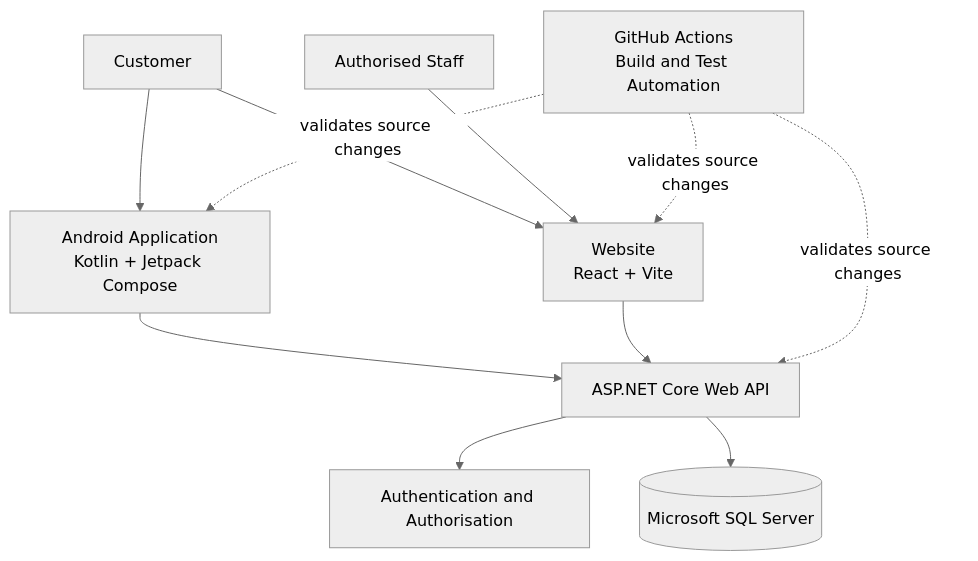
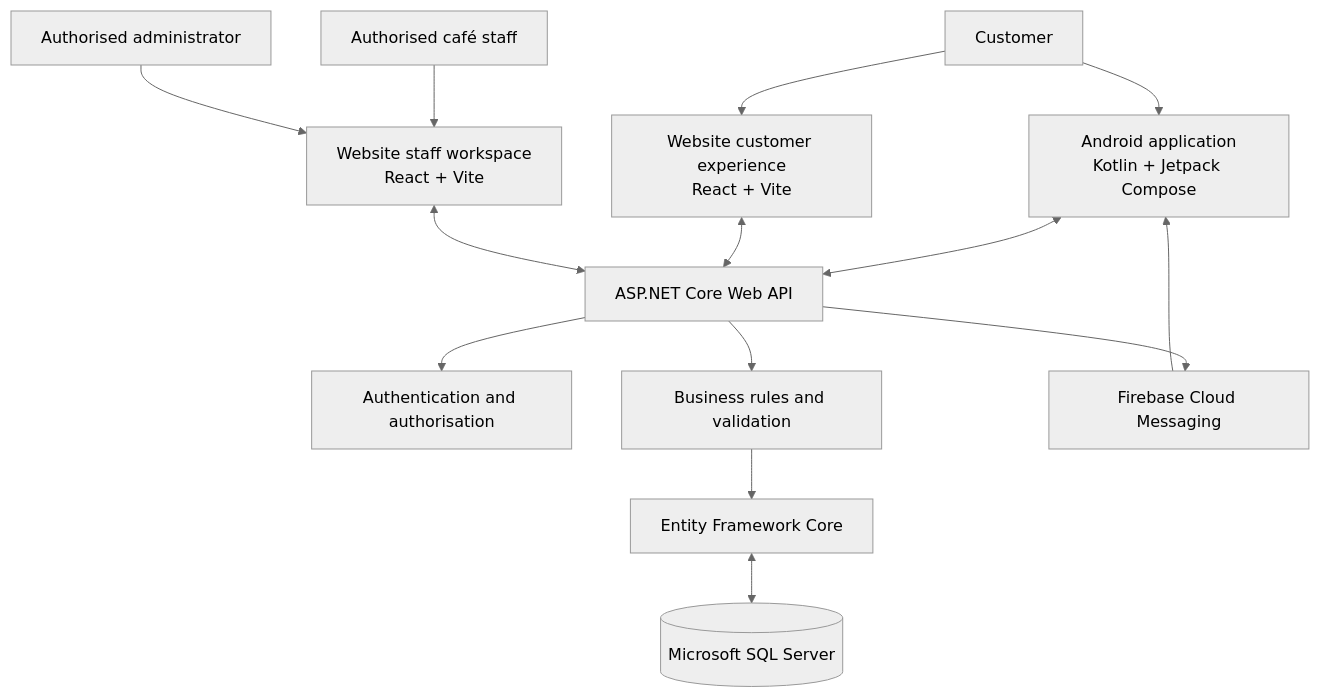
Before and after one commit to zwelakhedev/Skinner_Cafe_App_And_Website: the diagram in README.md, drawn with Mermaid (neutral theme). The commit also changed other lines of this file, not shown here.

````diff
--- a/README.md
+++ b/README.md
@@ -277,22 +400,33 @@
 ``` mermaid
-flowchart TD
+flowchart TB
     Customer[Customer]
-    Staff[Authorised Staff]
-    Android[Android Application<br/>Kotlin + Jetpack Compose]
-    Website[Website<br/>React + Vite]
+    Staff[Authorised café staff]
+    Admin[Authorised administrator]
+
+    Android[Android application<br/>Kotlin + Jetpack Compose]
+    WebCustomer[Website customer experience<br/>React + Vite]
+    WebStaff[Website staff workspace<br/>React + Vite]
+
     API[ASP.NET Core Web API]
-    Auth[Authentication and Authorisation]
+    Identity[Authentication and authorisation]
+    Business[Business rules and validation]
+    DataAccess[Entity Framework Core]
     DB[(Microsoft SQL Server)]
-    CI[GitHub Actions<br/>Build and Test Automation]
+    Notifications[Firebase Cloud Messaging]
 
     Customer --> Android
-    Customer --> Website
-    Staff --> Website
-    Android --> API
-    Website --> API
-    API --> Auth
-    API --> DB
-    CI -. validates source changes .-> Android
-    CI -. validates source changes .-> Website
-    CI -. validates source changes .-> API
+    Customer --> WebCustomer
+    Staff --> WebStaff
+    Admin --> WebStaff
+
+    Android <--> API
+    WebCustomer <--> API
+    WebStaff <--> API
+
+    API --> Identity
+    API --> Business
+    Business --> DataAccess
+    DataAccess <--> DB
+    API --> Notifications
+    Notifications --> Android
 ```
````
